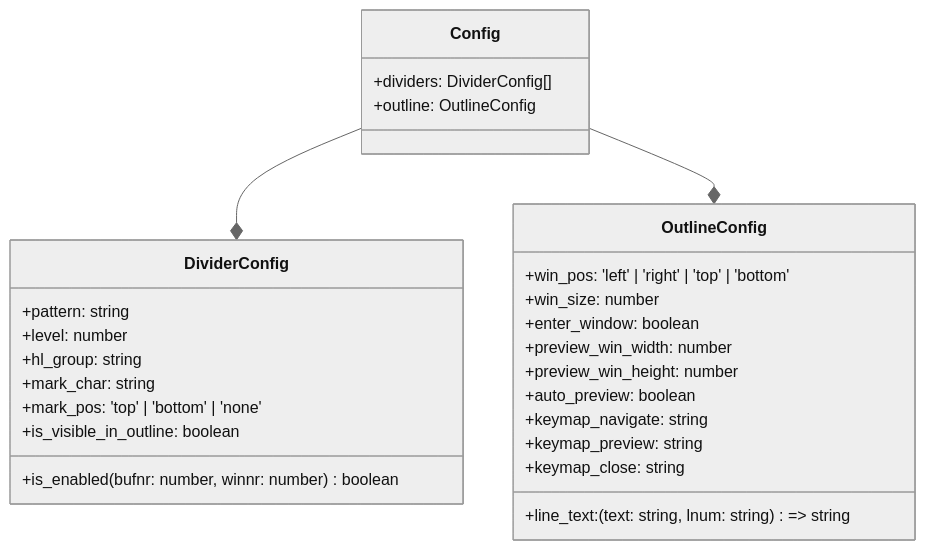
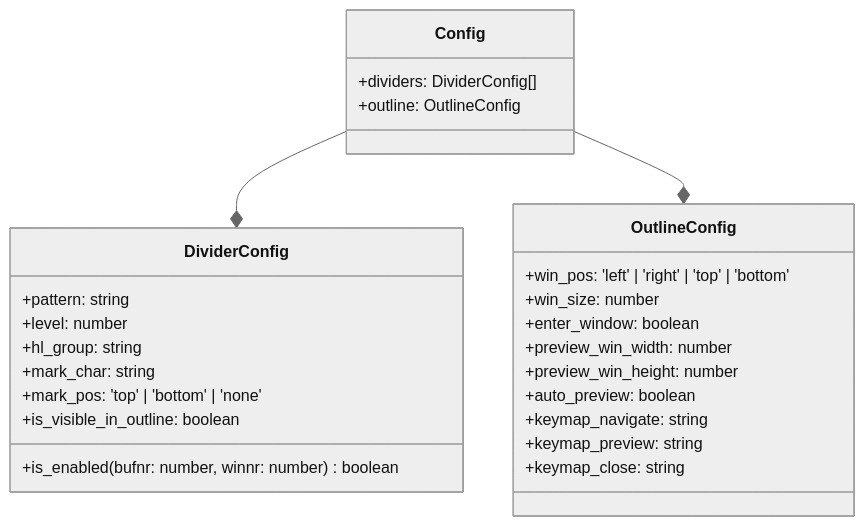
Before and after one commit to niuiic/divider.nvim: the fifth of 8 diagrams in DESIGN.md, drawn with Mermaid (neutral theme). The commit also changed other lines of this file and 11 other files, not shown here.

````diff
--- a/DESIGN.md
+++ b/DESIGN.md
@@ -166,32 +168,31 @@
 ```mermaid
 classDiagram
     Config --* DividerConfig
     Config --* OutlineConfig
     class Config {
         +dividers: DividerConfig[]
         +outline: OutlineConfig
     }
 
     class DividerConfig {
         +pattern: string
         +level: number
         +hl_group: string
         +mark_char: string
         +mark_pos: 'top' | 'bottom' | 'none'
         +is_visible_in_outline: boolean
         +is_enabled(bufnr: number, winnr: number) boolean
     }
 
     class OutlineConfig {
         +win_pos: 'left' | 'right' | 'top' | 'bottom'
         +win_size: number
         +enter_window: boolean
         +preview_win_width: number
         +preview_win_height: number
         +auto_preview: boolean
-        +line_text: (text: string, lnum: string) => string
         +keymap_navigate: string
         +keymap_preview: string
         +keymap_close: string
     }
 ```
````
